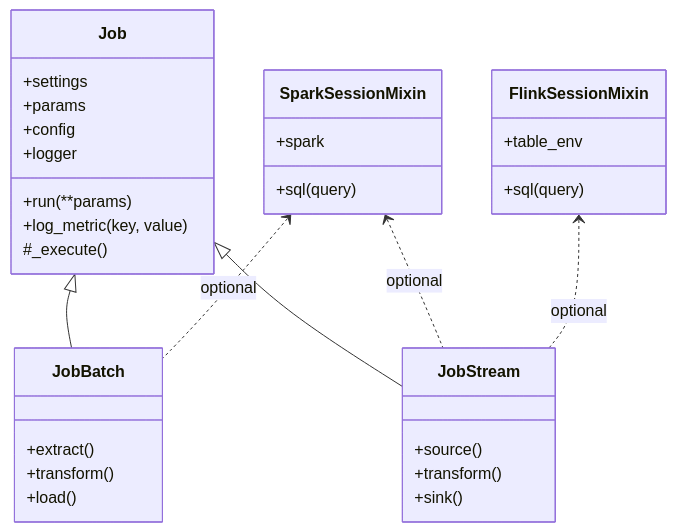
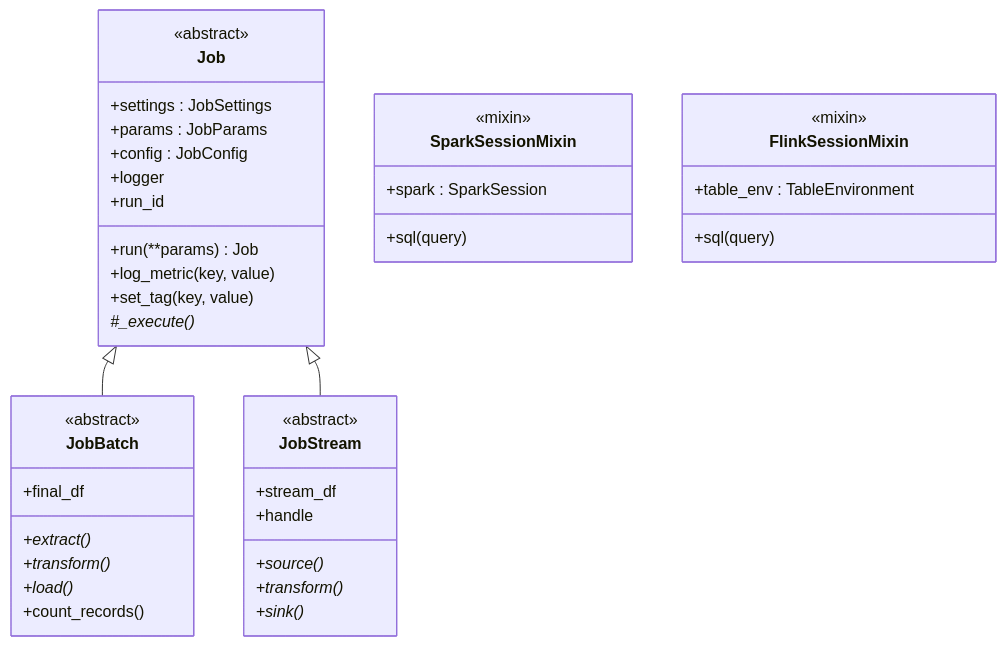
The first of 3 diagrams in openwiki/architecture.md (siwardean/pyspark_etl_boilerplate), drawn with Mermaid before and after one commit. The commit also changed other lines of this file and 5 other files, not shown here.

First line of the commit message:
Describe the project's purpose and add class diagrams

````diff
--- a/openwiki/architecture.md
+++ b/openwiki/architecture.md
@@ -10,35 +16,44 @@
 ```mermaid
 classDiagram
+    direction TB
     class Job {
-        +settings
-        +params
-        +config
+        <<abstract>>
+        +settings : JobSettings
+        +params : JobParams
+        +config : JobConfig
         +logger
-        +run(**params)
+        +run_id
+        +run(**params) Job
         +log_metric(key, value)
-        #_execute()
+        +set_tag(key, value)
+        #_execute()*
     }
     class JobBatch {
-        +extract()
-        +transform()
-        +load()
+        <<abstract>>
+        +final_df
+        +extract()*
+        +transform()*
+        +load()*
+        +count_records()
     }
     class JobStream {
-        +source()
-        +transform()
-        +sink()
+        <<abstract>>
+        +stream_df
+        +handle
+        +source()*
+        +transform()*
+        +sink()*
     }
     class SparkSessionMixin {
-        +spark
+        <<mixin>>
+        +spark : SparkSession
         +sql(query)
     }
     class FlinkSessionMixin {
-        +table_env
+        <<mixin>>
+        +table_env : TableEnvironment
         +sql(query)
     }
     Job <|-- JobBatch
     Job <|-- JobStream
-    SparkSessionMixin <.. JobBatch : optional
-    SparkSessionMixin <.. JobStream : optional
-    FlinkSessionMixin <.. JobStream : optional
 ```
````
